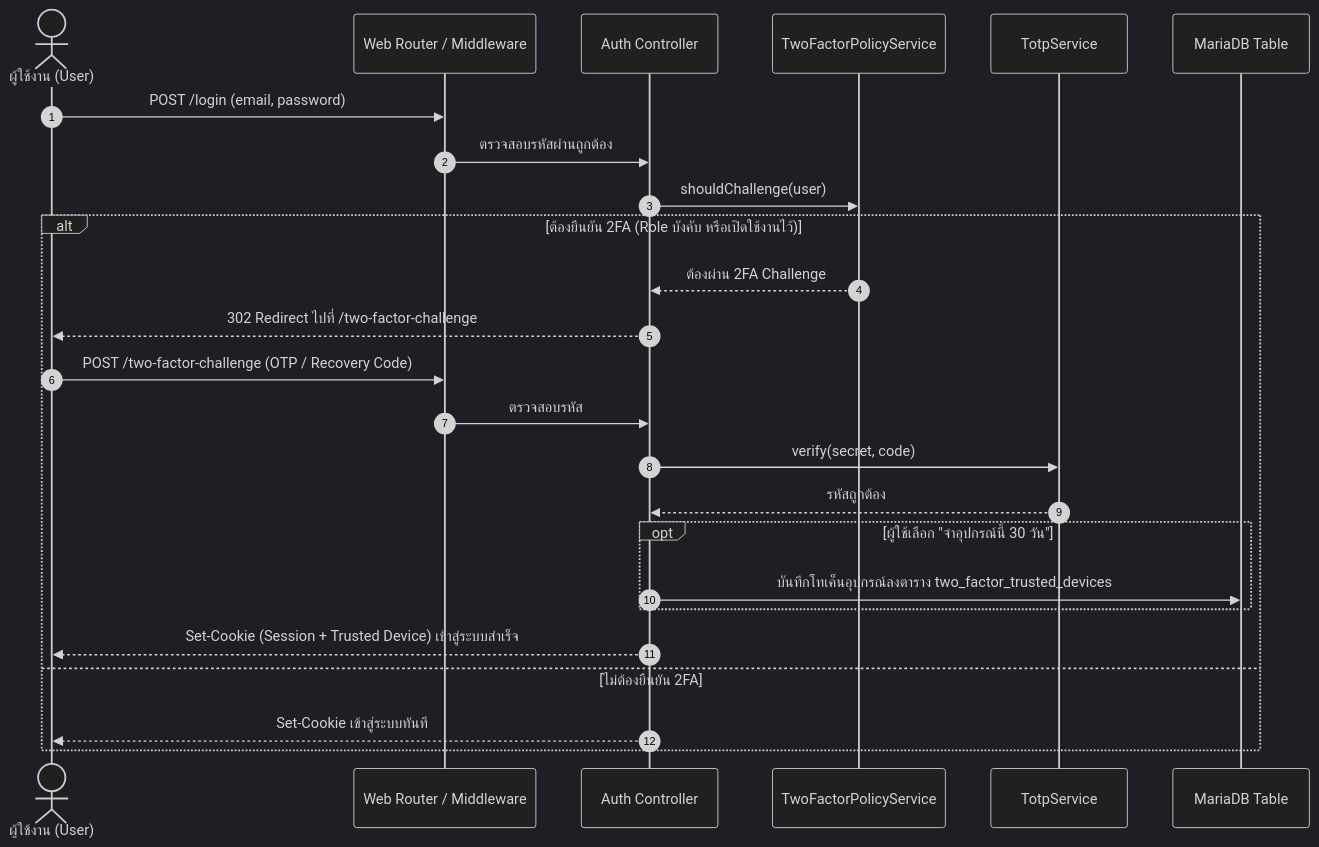
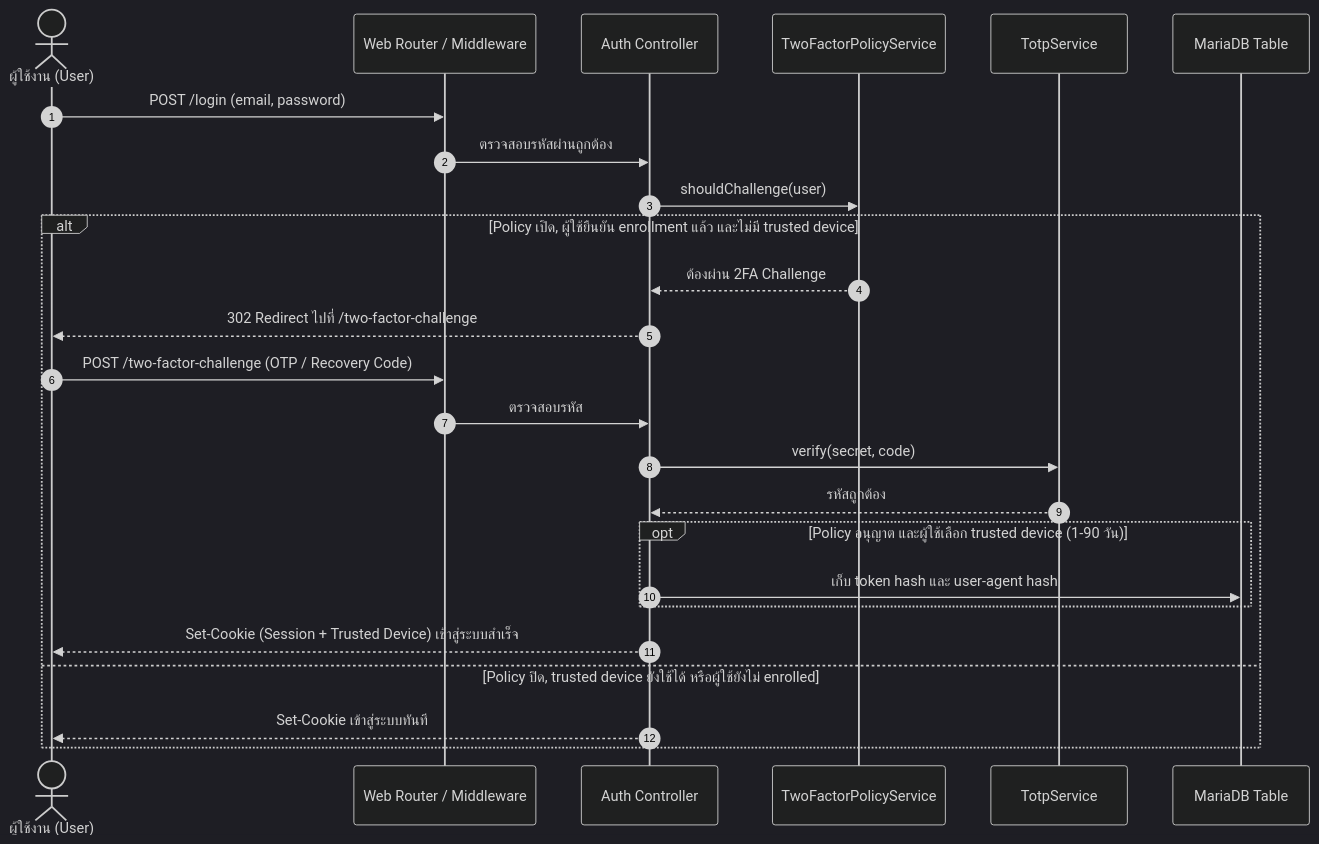
The fifth of 23 diagrams in document/GROUPS_WORKFLOW.md (anuwatm/ERP), drawn with Mermaid (dark theme) before and after one commit. The commit also changed other lines of this file and 68 other files, not shown here.

````diff
--- a/document/GROUPS_WORKFLOW.md
+++ b/document/GROUPS_WORKFLOW.md
@@ -179,28 +179,28 @@
 ```mermaid
 sequenceDiagram
     autonumber
     actor User as ผู้ใช้งาน (User)
     participant Web as Web Router / Middleware
     participant Auth as Auth Controller
     participant Policy as TwoFactorPolicyService
     participant TOTP as TotpService
     participant DB as MariaDB Table
 
     User->>Web: POST /login (email, password)
     Web->>Auth: ตรวจสอบรหัสผ่านถูกต้อง
     Auth->>Policy: shouldChallenge(user)
-    alt ต้องยืนยัน 2FA (Role บังคับ หรือเปิดใช้งานไว้)
+    alt Policy เปิด, ผู้ใช้ยืนยัน enrollment แล้ว และไม่มี trusted device
         Policy-->>Auth: ต้องผ่าน 2FA Challenge
         Auth-->>User: 302 Redirect ไปที่ /two-factor-challenge
         User->>Web: POST /two-factor-challenge (OTP / Recovery Code)
         Web->>Auth: ตรวจสอบรหัส
         Auth->>TOTP: verify(secret, code)
         TOTP-->>Auth: รหัสถูกต้อง
-        opt ผู้ใช้เลือก "จำอุปกรณ์นี้ 30 วัน"
-            Auth->>DB: บันทึกโทเค็นอุปกรณ์ลงตาราง two_factor_trusted_devices
+        opt Policy อนุญาต และผู้ใช้เลือก trusted device (1-90 วัน)
+            Auth->>DB: เก็บ token hash และ user-agent hash
         end
         Auth-->>User: Set-Cookie (Session + Trusted Device) เข้าสู่ระบบสำเร็จ
-    else ไม่ต้องยืนยัน 2FA
+    else Policy ปิด, trusted device ยังใช้ได้ หรือผู้ใช้ยังไม่ enrolled
         Auth-->>User: Set-Cookie เข้าสู่ระบบทันที
     end
 ```
````
